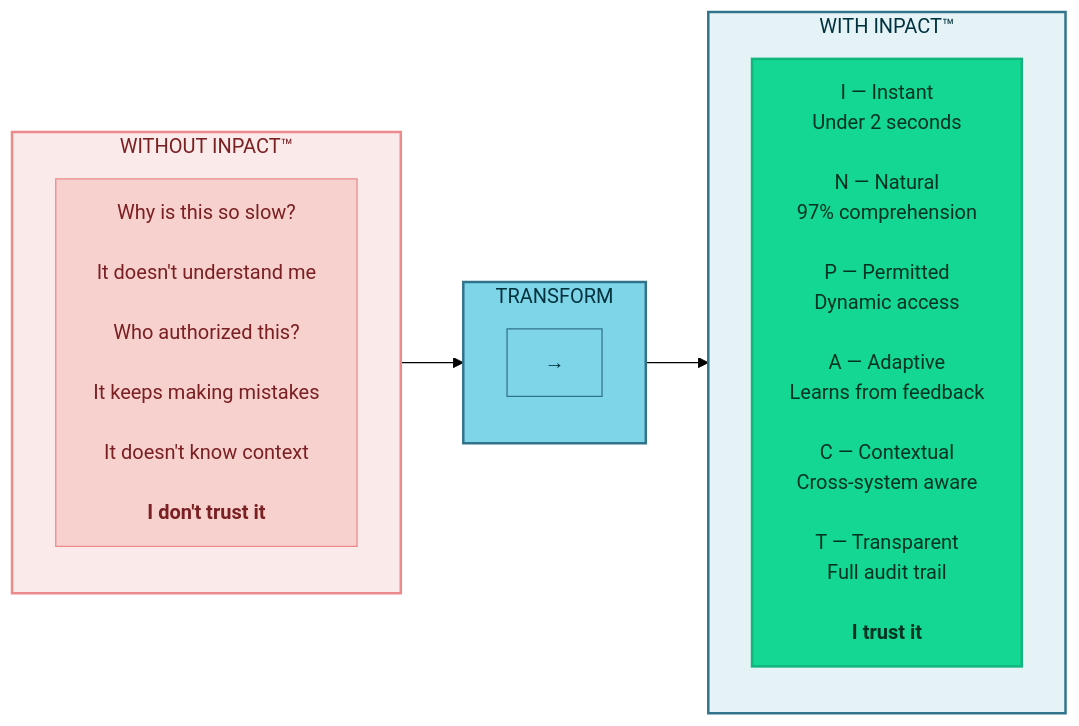
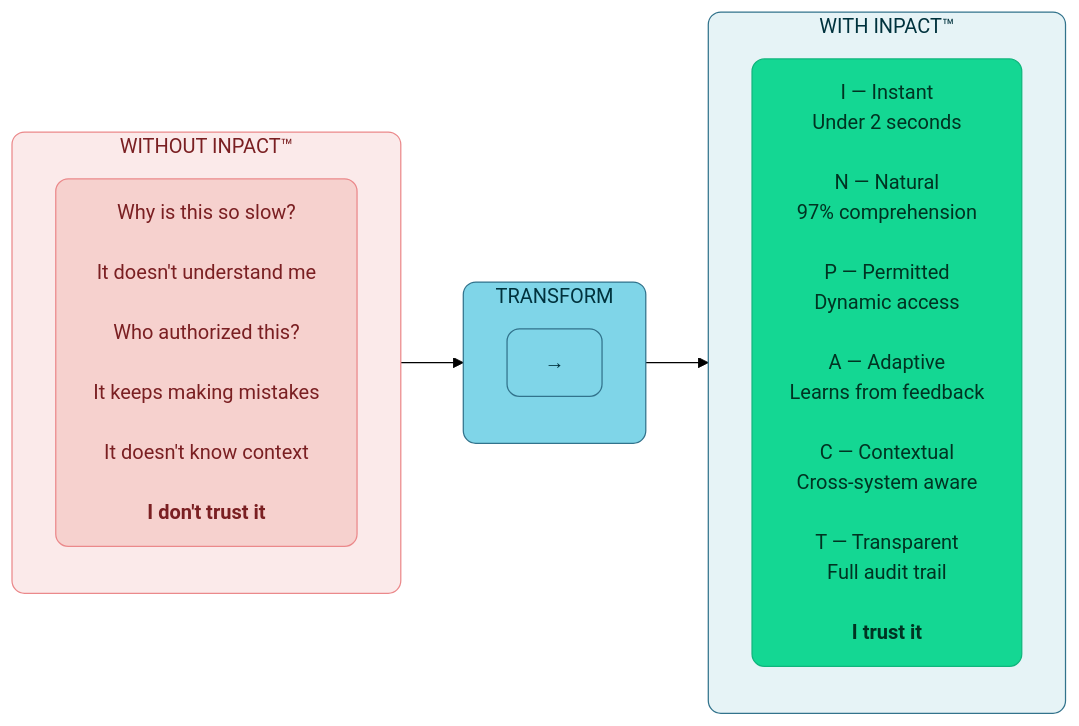
Before and after one commit to colaberry/trust-before-intelligence-book: the first of 12 diagrams in manuscript/03_chapter_2_inpact_framework.md, drawn with Mermaid (forest theme). The commit also changed other lines of this file and 12 other files, not shown here.

````diff
--- a/manuscript/03_chapter_2_inpact_framework.md
+++ b/manuscript/03_chapter_2_inpact_framework.md
@@ -7,29 +7,29 @@
 ```mermaid
 
 graph LR
     subgraph WITHOUT["WITHOUT INPACT™"]
         direction TB
         W1["Why is this so slow?<br/><br/>It doesn't understand me<br/><br/>Who authorized this?<br/><br/>It keeps making mistakes<br/><br/>It doesn't know context<br/><br/><b>I don't trust it</b>"]
     end
     
     subgraph TRANSFORM["TRANSFORM"]
         direction TB
         T1["→"]
     end
     
     subgraph WITH["WITH INPACT™"]
         direction TB
         I1["I — Instant<br/>Under 2 seconds<br/><br/>N — Natural<br/>97% comprehension<br/><br/>P — Permitted<br/>Dynamic access<br/><br/>A — Adaptive<br/>Learns from feedback<br/><br/>C — Contextual<br/>Cross-system aware<br/><br/>T — Transparent<br/>Full audit trail</br></br><b>I trust it</b>"]
     end
     
     WITHOUT --> TRANSFORM --> WITH
 
-    style WITHOUT fill:#FBEAEA,stroke:#EB898B,stroke-width:2px,color:#7A1F22
-    style TRANSFORM fill:#7FD5E8,stroke:#32738C,stroke-width:2px,color:#00323D
-    style WITH fill:#E6F3F6,stroke:#32738C,stroke-width:2px,color:#00323D
-    style I1 fill:#14D793,color:#003322,stroke:#0FB67D,stroke-width:2px
-    style W1 fill:#F6D1CE,stroke:#EB898B,color:#7A1F22
-    style T1 fill:#7FD5E8,stroke:#32738C,color:#00323D
+    style WITHOUT fill:#FBEAEA,stroke:#EB898B,stroke-width:1px,color:#7A1F22,rx:10,ry:10
+    style TRANSFORM fill:#7FD5E8,stroke:#32738C,stroke-width:1px,color:#00323D,rx:10,ry:10
+    style WITH fill:#E6F3F6,stroke:#32738C,stroke-width:1px,color:#00323D,rx:10,ry:10
+    style I1 fill:#14D793,color:#003322,stroke:#0FB67D,stroke-width:1px,rx:10,ry:10
+    style W1 fill:#F6D1CE,stroke:#EB898B,stroke-width:1px,color:#7A1F22,rx:10,ry:10
+    style T1 fill:#7FD5E8,stroke:#32738C,stroke-width:1px,color:#00323D,rx:10,ry:10
     
 
 ```
````
